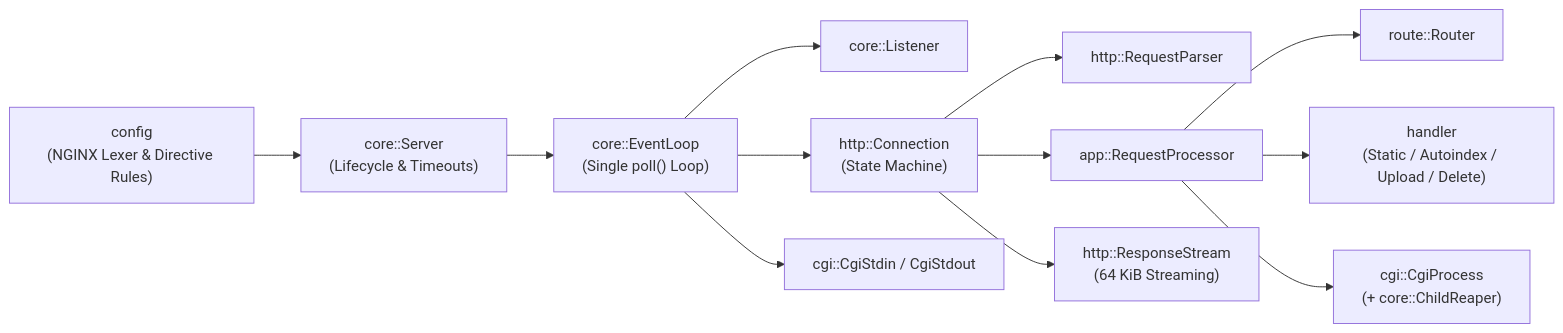
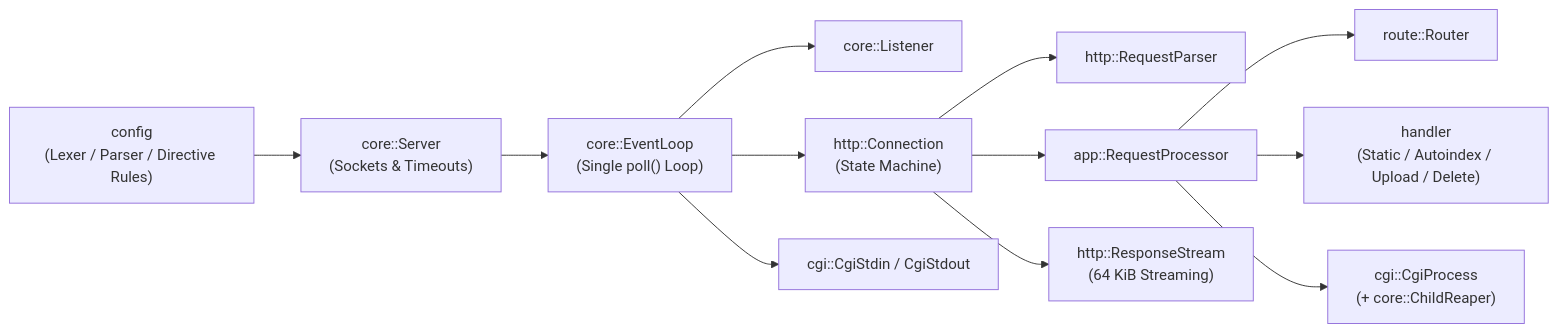
One commit to 42GS/webserv changed the diagram in README.en.md. Above: the diagram before and after it, drawn with Mermaid. The commit also changed other lines of this file and 1 other file, not shown here.

````diff
--- a/README.en.md
+++ b/README.en.md
@@ -45,14 +52,14 @@
 ```mermaid
 flowchart LR
-    Config["config<br/>(NGINX Lexer &amp; Directive Rules)"] --> Server["core::Server<br/>(Lifecycle &amp; Timeouts)"]
+    Config["config<br/>(Lexer / Parser / Directive Rules)"] --> Server["core::Server<br/>(Sockets &amp; Timeouts)"]
     Server --> Loop["core::EventLoop<br/>(Single poll() Loop)"]
     Loop --> Listener["core::Listener"]
     Loop --> Conn["http::Connection<br/>(State Machine)"]
     Loop --> Pipes["cgi::CgiStdin / CgiStdout"]
     Conn --> Parser["http::RequestParser"]
     Conn --> Proc["app::RequestProcessor"]
     Conn --> Stream["http::ResponseStream<br/>(64 KiB Streaming)"]
     Proc --> Router["route::Router"]
     Proc --> Handler["handler<br/>(Static / Autoindex / Upload / Delete)"]
     Proc --> CGI["cgi::CgiProcess<br/>(+ core::ChildReaper)"]
 ```
````
